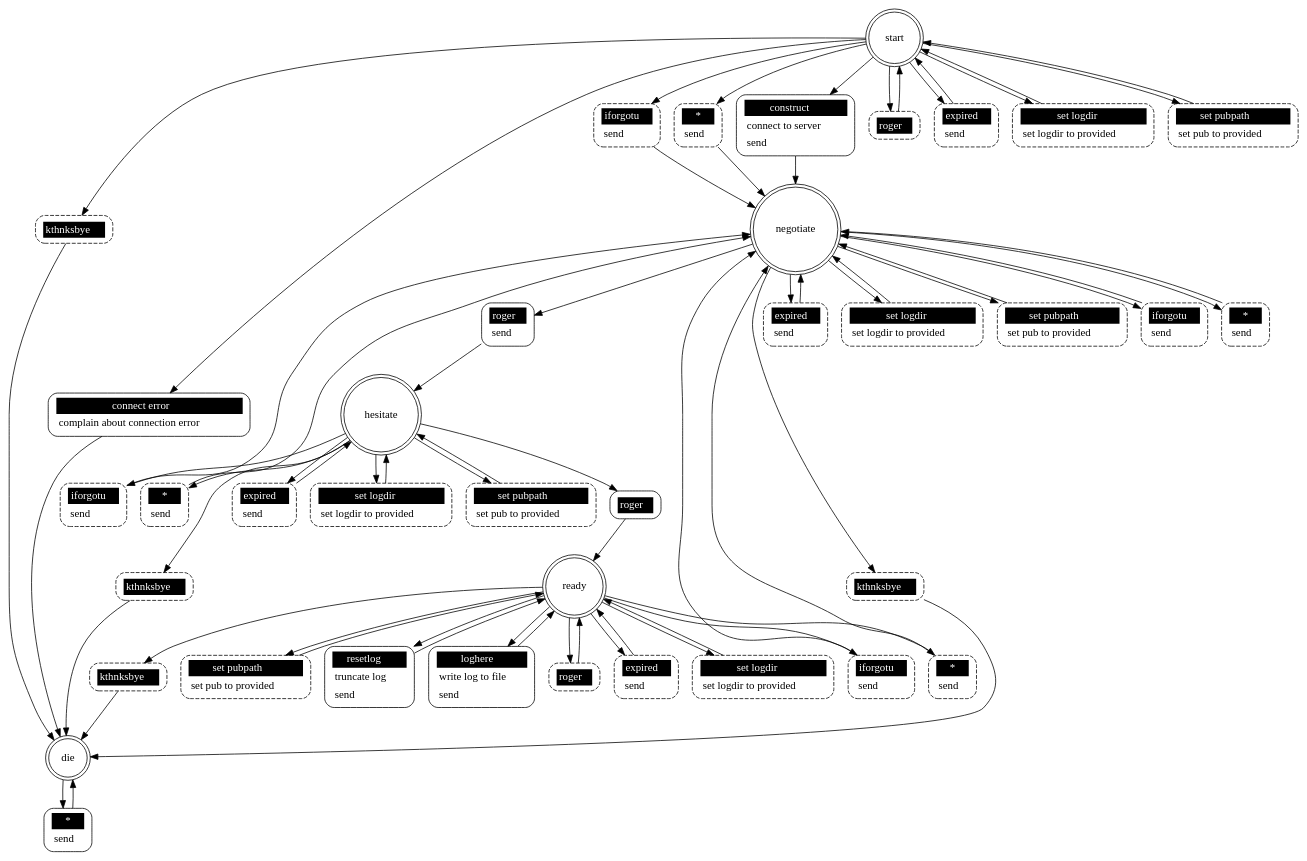
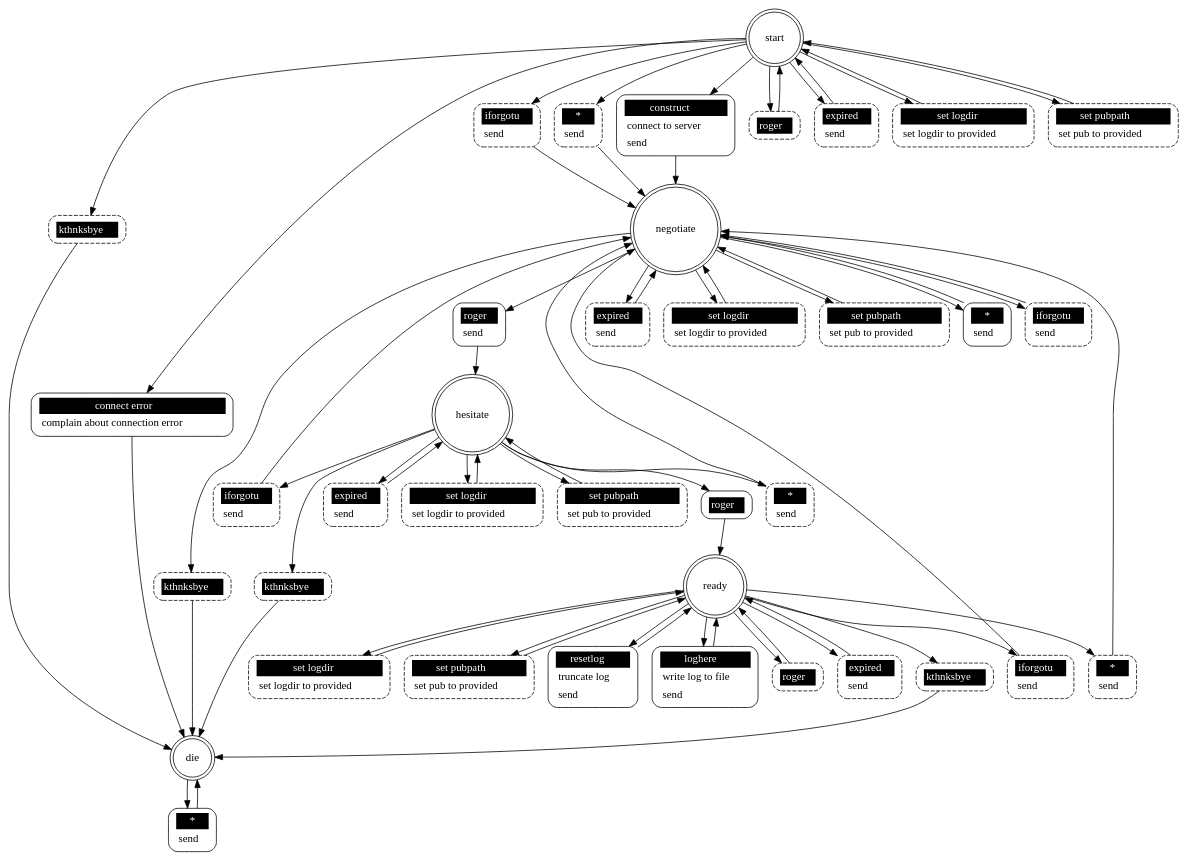
Before and after one commit to Vaelatern/dxpb: the diagram in src/pkggraph_filer.dot, drawn with Graphviz. The commit also changed 26 other files, not shown here.

```diff
--- a/src/pkggraph_filer.dot
+++ b/src/pkggraph_filer.dot
@@ -1,112 +1,112 @@
 ## Automatically generated from pkggraph_filer.xml by gsl
 digraph "pkggraph_filer" {
 
  "start" [shape = "doublecircle"];
  "start iforgotu" [shape = "Mrecord" style = dashed label = <<table border="0" cellborder="0" cellpadding="3" bgcolor="white"><tr><td bgcolor="black" align="center" colspan="2"><font color="white">iforgotu</font></td></tr><tr><td align="left" port="r3">send</td></tr></table>>];
  "start" -> "start iforgotu";
  "start iforgotu" -> "negotiate";
- "start *" [shape = "Mrecord" style = dashed label = <<table border="0" cellborder="0" cellpadding="3" bgcolor="white"><tr><td bgcolor="black" align="center" colspan="2"><font color="white">*</font></td></tr><tr><td align="left" port="r3">send</td></tr></table>>];
- "start" -> "start *";
- "start *" -> "negotiate";
  "start kthnksbye" [shape = "Mrecord" style = dashed label = <<table border="0" cellborder="0" cellpadding="3" bgcolor="white"><tr><td bgcolor="black" align="center" colspan="2"><font color="white">kthnksbye</font></td></tr></table>>];
  "start" -> "start kthnksbye";
  "start kthnksbye" -> "die";
  "start roger" [shape = "Mrecord" style = dashed label = <<table border="0" cellborder="0" cellpadding="3" bgcolor="white"><tr><td bgcolor="black" align="center" colspan="2"><font color="white">roger</font></td></tr></table>>];
  "start" -> "start roger";
  "start roger" -> "start";
  "start expired" [shape = "Mrecord" style = dashed label = <<table border="0" cellborder="0" cellpadding="3" bgcolor="white"><tr><td bgcolor="black" align="center" colspan="2"><font color="white">expired</font></td></tr><tr><td align="left" port="r3">send</td></tr></table>>];
  "start" -> "start expired";
  "start expired" -> "start";
  "start set logdir" [shape = "Mrecord" style = dashed label = <<table border="0" cellborder="0" cellpadding="3" bgcolor="white"><tr><td bgcolor="black" align="center" colspan="2"><font color="white">set logdir</font></td></tr><tr><td align="left" port="r3">set logdir to provided</td></tr></table>>];
  "start" -> "start set logdir";
  "start set logdir" -> "start";
  "start set pubpath" [shape = "Mrecord" style = dashed label = <<table border="0" cellborder="0" cellpadding="3" bgcolor="white"><tr><td bgcolor="black" align="center" colspan="2"><font color="white">set pubpath</font></td></tr><tr><td align="left" port="r3">set pub to provided</td></tr></table>>];
  "start" -> "start set pubpath";
  "start set pubpath" -> "start";
+ "start *" [shape = "Mrecord" style = dashed label = <<table border="0" cellborder="0" cellpadding="3" bgcolor="white"><tr><td bgcolor="black" align="center" colspan="2"><font color="white">*</font></td></tr><tr><td align="left" port="r3">send</td></tr></table>>];
+ "start" -> "start *";
+ "start *" -> "negotiate";
  "start construct" [shape = "Mrecord" style = solid label = <<table border="0" cellborder="0" cellpadding="3" bgcolor="white"><tr><td bgcolor="black" align="center" colspan="2"><font color="white">construct</font></td></tr><tr><td align="left" port="r3">connect to server</td></tr><tr><td align="left" port="r3">send</td></tr></table>>];
  "start" -> "start construct";
  "start construct" -> "negotiate";
  "start connect error" [shape = "Mrecord" style = solid label = <<table border="0" cellborder="0" cellpadding="3" bgcolor="white"><tr><td bgcolor="black" align="center" colspan="2"><font color="white">connect error</font></td></tr><tr><td align="left" port="r3">complain about connection error</td></tr></table>>];
  "start" -> "start connect error";
  "start connect error" -> "die";
 
  "negotiate" [shape = "doublecircle"];
  "negotiate iforgotu" [shape = "Mrecord" style = dashed label = <<table border="0" cellborder="0" cellpadding="3" bgcolor="white"><tr><td bgcolor="black" align="center" colspan="2"><font color="white">iforgotu</font></td></tr><tr><td align="left" port="r3">send</td></tr></table>>];
  "negotiate" -> "negotiate iforgotu";
  "negotiate iforgotu" -> "negotiate";
- "negotiate *" [shape = "Mrecord" style = dashed label = <<table border="0" cellborder="0" cellpadding="3" bgcolor="white"><tr><td bgcolor="black" align="center" colspan="2"><font color="white">*</font></td></tr><tr><td align="left" port="r3">send</td></tr></table>>];
- "negotiate" -> "negotiate *";
- "negotiate *" -> "negotiate";
  "negotiate kthnksbye" [shape = "Mrecord" style = dashed label = <<table border="0" cellborder="0" cellpadding="3" bgcolor="white"><tr><td bgcolor="black" align="center" colspan="2"><font color="white">kthnksbye</font></td></tr></table>>];
  "negotiate" -> "negotiate kthnksbye";
  "negotiate kthnksbye" -> "die";
  "negotiate expired" [shape = "Mrecord" style = dashed label = <<table border="0" cellborder="0" cellpadding="3" bgcolor="white"><tr><td bgcolor="black" align="center" colspan="2"><font color="white">expired</font></td></tr><tr><td align="left" port="r3">send</td></tr></table>>];
  "negotiate" -> "negotiate expired";
  "negotiate expired" -> "negotiate";
  "negotiate set logdir" [shape = "Mrecord" style = dashed label = <<table border="0" cellborder="0" cellpadding="3" bgcolor="white"><tr><td bgcolor="black" align="center" colspan="2"><font color="white">set logdir</font></td></tr><tr><td align="left" port="r3">set logdir to provided</td></tr></table>>];
  "negotiate" -> "negotiate set logdir";
  "negotiate set logdir" -> "negotiate";
  "negotiate set pubpath" [shape = "Mrecord" style = dashed label = <<table border="0" cellborder="0" cellpadding="3" bgcolor="white"><tr><td bgcolor="black" align="center" colspan="2"><font color="white">set pubpath</font></td></tr><tr><td align="left" port="r3">set pub to provided</td></tr></table>>];
  "negotiate" -> "negotiate set pubpath";
  "negotiate set pubpath" -> "negotiate";
  "negotiate roger" [shape = "Mrecord" style = solid label = <<table border="0" cellborder="0" cellpadding="3" bgcolor="white"><tr><td bgcolor="black" align="center" colspan="2"><font color="white">roger</font></td></tr><tr><td align="left" port="r3">send</td></tr></table>>];
  "negotiate" -> "negotiate roger";
  "negotiate roger" -> "hesitate";
+ "negotiate *" [shape = "Mrecord" style = solid label = <<table border="0" cellborder="0" cellpadding="3" bgcolor="white"><tr><td bgcolor="black" align="center" colspan="2"><font color="white">*</font></td></tr><tr><td align="left" port="r3">send</td></tr></table>>];
+ "negotiate" -> "negotiate *";
+ "negotiate *" -> "negotiate";
 
  "hesitate" [shape = "doublecircle"];
  "hesitate iforgotu" [shape = "Mrecord" style = dashed label = <<table border="0" cellborder="0" cellpadding="3" bgcolor="white"><tr><td bgcolor="black" align="center" colspan="2"><font color="white">iforgotu</font></td></tr><tr><td align="left" port="r3">send</td></tr></table>>];
  "hesitate" -> "hesitate iforgotu";
  "hesitate iforgotu" -> "negotiate";
- "hesitate *" [shape = "Mrecord" style = dashed label = <<table border="0" cellborder="0" cellpadding="3" bgcolor="white"><tr><td bgcolor="black" align="center" colspan="2"><font color="white">*</font></td></tr><tr><td align="left" port="r3">send</td></tr></table>>];
- "hesitate" -> "hesitate *";
- "hesitate *" -> "negotiate";
  "hesitate kthnksbye" [shape = "Mrecord" style = dashed label = <<table border="0" cellborder="0" cellpadding="3" bgcolor="white"><tr><td bgcolor="black" align="center" colspan="2"><font color="white">kthnksbye</font></td></tr></table>>];
  "hesitate" -> "hesitate kthnksbye";
  "hesitate kthnksbye" -> "die";
  "hesitate expired" [shape = "Mrecord" style = dashed label = <<table border="0" cellborder="0" cellpadding="3" bgcolor="white"><tr><td bgcolor="black" align="center" colspan="2"><font color="white">expired</font></td></tr><tr><td align="left" port="r3">send</td></tr></table>>];
  "hesitate" -> "hesitate expired";
  "hesitate expired" -> "hesitate";
  "hesitate set logdir" [shape = "Mrecord" style = dashed label = <<table border="0" cellborder="0" cellpadding="3" bgcolor="white"><tr><td bgcolor="black" align="center" colspan="2"><font color="white">set logdir</font></td></tr><tr><td align="left" port="r3">set logdir to provided</td></tr></table>>];
  "hesitate" -> "hesitate set logdir";
  "hesitate set logdir" -> "hesitate";
  "hesitate set pubpath" [shape = "Mrecord" style = dashed label = <<table border="0" cellborder="0" cellpadding="3" bgcolor="white"><tr><td bgcolor="black" align="center" colspan="2"><font color="white">set pubpath</font></td></tr><tr><td align="left" port="r3">set pub to provided</td></tr></table>>];
  "hesitate" -> "hesitate set pubpath";
  "hesitate set pubpath" -> "hesitate";
+ "hesitate *" [shape = "Mrecord" style = dashed label = <<table border="0" cellborder="0" cellpadding="3" bgcolor="white"><tr><td bgcolor="black" align="center" colspan="2"><font color="white">*</font></td></tr><tr><td align="left" port="r3">send</td></tr></table>>];
+ "hesitate" -> "hesitate *";
+ "hesitate *" -> "negotiate";
  "hesitate roger" [shape = "Mrecord" style = solid label = <<table border="0" cellborder="0" cellpadding="3" bgcolor="white"><tr><td bgcolor="black" align="center" colspan="2"><font color="white">roger</font></td></tr></table>>];
  "hesitate" -> "hesitate roger";
  "hesitate roger" -> "ready";
 
  "ready" [shape = "doublecircle"];
  "ready iforgotu" [shape = "Mrecord" style = dashed label = <<table border="0" cellborder="0" cellpadding="3" bgcolor="white"><tr><td bgcolor="black" align="center" colspan="2"><font color="white">iforgotu</font></td></tr><tr><td align="left" port="r3">send</td></tr></table>>];
  "ready" -> "ready iforgotu";
  "ready iforgotu" -> "negotiate";
- "ready *" [shape = "Mrecord" style = dashed label = <<table border="0" cellborder="0" cellpadding="3" bgcolor="white"><tr><td bgcolor="black" align="center" colspan="2"><font color="white">*</font></td></tr><tr><td align="left" port="r3">send</td></tr></table>>];
- "ready" -> "ready *";
- "ready *" -> "negotiate";
  "ready kthnksbye" [shape = "Mrecord" style = dashed label = <<table border="0" cellborder="0" cellpadding="3" bgcolor="white"><tr><td bgcolor="black" align="center" colspan="2"><font color="white">kthnksbye</font></td></tr></table>>];
  "ready" -> "ready kthnksbye";
  "ready kthnksbye" -> "die";
  "ready roger" [shape = "Mrecord" style = dashed label = <<table border="0" cellborder="0" cellpadding="3" bgcolor="white"><tr><td bgcolor="black" align="center" colspan="2"><font color="white">roger</font></td></tr></table>>];
  "ready" -> "ready roger";
  "ready roger" -> "ready";
  "ready expired" [shape = "Mrecord" style = dashed label = <<table border="0" cellborder="0" cellpadding="3" bgcolor="white"><tr><td bgcolor="black" align="center" colspan="2"><font color="white">expired</font></td></tr><tr><td align="left" port="r3">send</td></tr></table>>];
  "ready" -> "ready expired";
  "ready expired" -> "ready";
  "ready set logdir" [shape = "Mrecord" style = dashed label = <<table border="0" cellborder="0" cellpadding="3" bgcolor="white"><tr><td bgcolor="black" align="center" colspan="2"><font color="white">set logdir</font></td></tr><tr><td align="left" port="r3">set logdir to provided</td></tr></table>>];
  "ready" -> "ready set logdir";
  "ready set logdir" -> "ready";
  "ready set pubpath" [shape = "Mrecord" style = dashed label = <<table border="0" cellborder="0" cellpadding="3" bgcolor="white"><tr><td bgcolor="black" align="center" colspan="2"><font color="white">set pubpath</font></td></tr><tr><td align="left" port="r3">set pub to provided</td></tr></table>>];
  "ready" -> "ready set pubpath";
  "ready set pubpath" -> "ready";
+ "ready *" [shape = "Mrecord" style = dashed label = <<table border="0" cellborder="0" cellpadding="3" bgcolor="white"><tr><td bgcolor="black" align="center" colspan="2"><font color="white">*</font></td></tr><tr><td align="left" port="r3">send</td></tr></table>>];
+ "ready" -> "ready *";
+ "ready *" -> "negotiate";
  "ready resetlog" [shape = "Mrecord" style = solid label = <<table border="0" cellborder="0" cellpadding="3" bgcolor="white"><tr><td bgcolor="black" align="center" colspan="2"><font color="white">resetlog</font></td></tr><tr><td align="left" port="r3">truncate log</td></tr><tr><td align="left" port="r3">send</td></tr></table>>];
  "ready" -> "ready resetlog";
  "ready resetlog" -> "ready";
  "ready loghere" [shape = "Mrecord" style = solid label = <<table border="0" cellborder="0" cellpadding="3" bgcolor="white"><tr><td bgcolor="black" align="center" colspan="2"><font color="white">loghere</font></td></tr><tr><td align="left" port="r3">write log to file</td></tr><tr><td align="left" port="r3">send</td></tr></table>>];
  "ready" -> "ready loghere";
  "ready loghere" -> "ready";
 
  "die" [shape = "doublecircle"];
  "die *" [shape = "Mrecord" style = solid label = <<table border="0" cellborder="0" cellpadding="3" bgcolor="white"><tr><td bgcolor="black" align="center" colspan="2"><font color="white">*</font></td></tr><tr><td align="left" port="r3">send</td></tr></table>>];
  "die" -> "die *";
  "die *" -> "die";
 }
```
